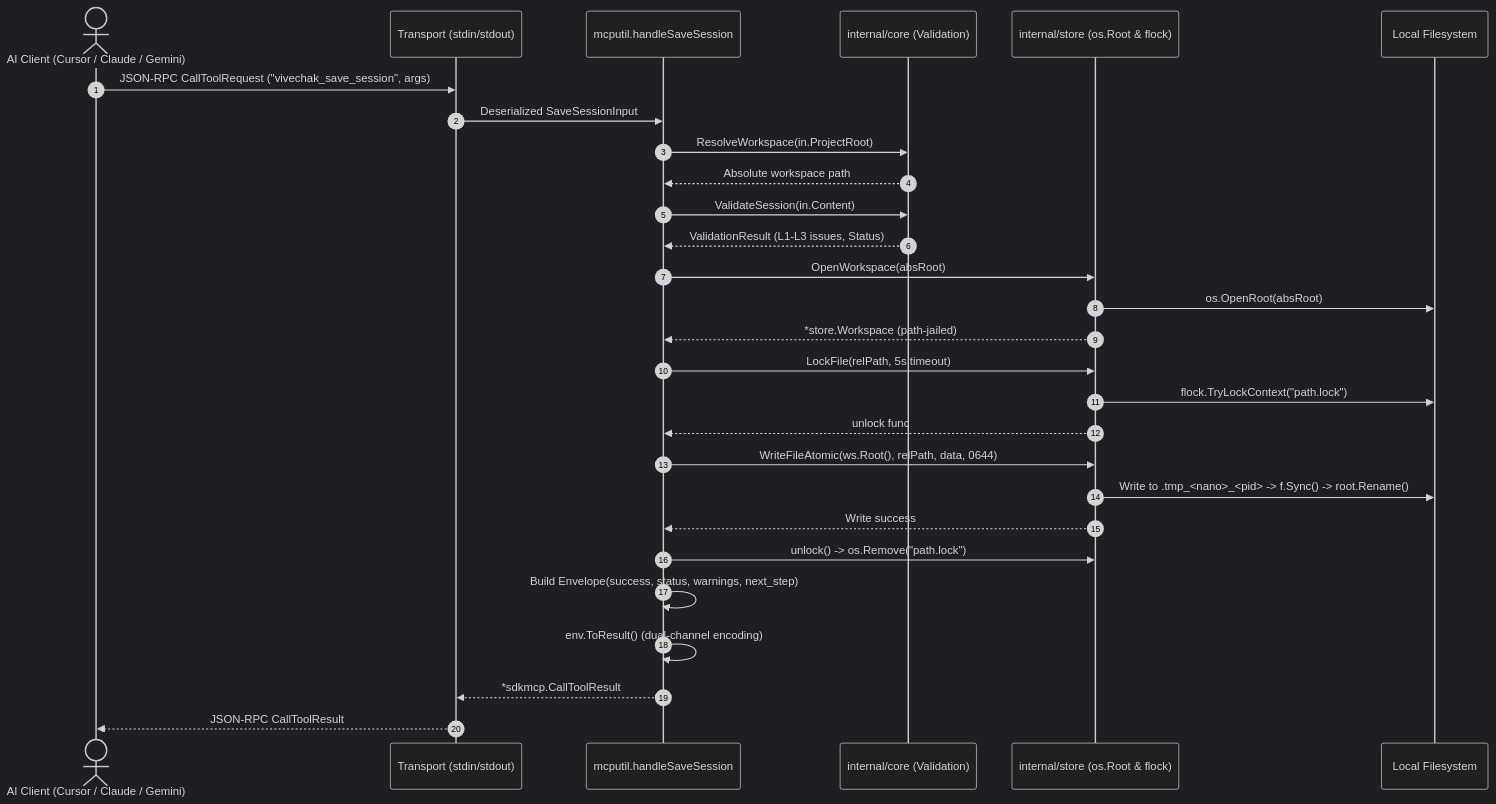
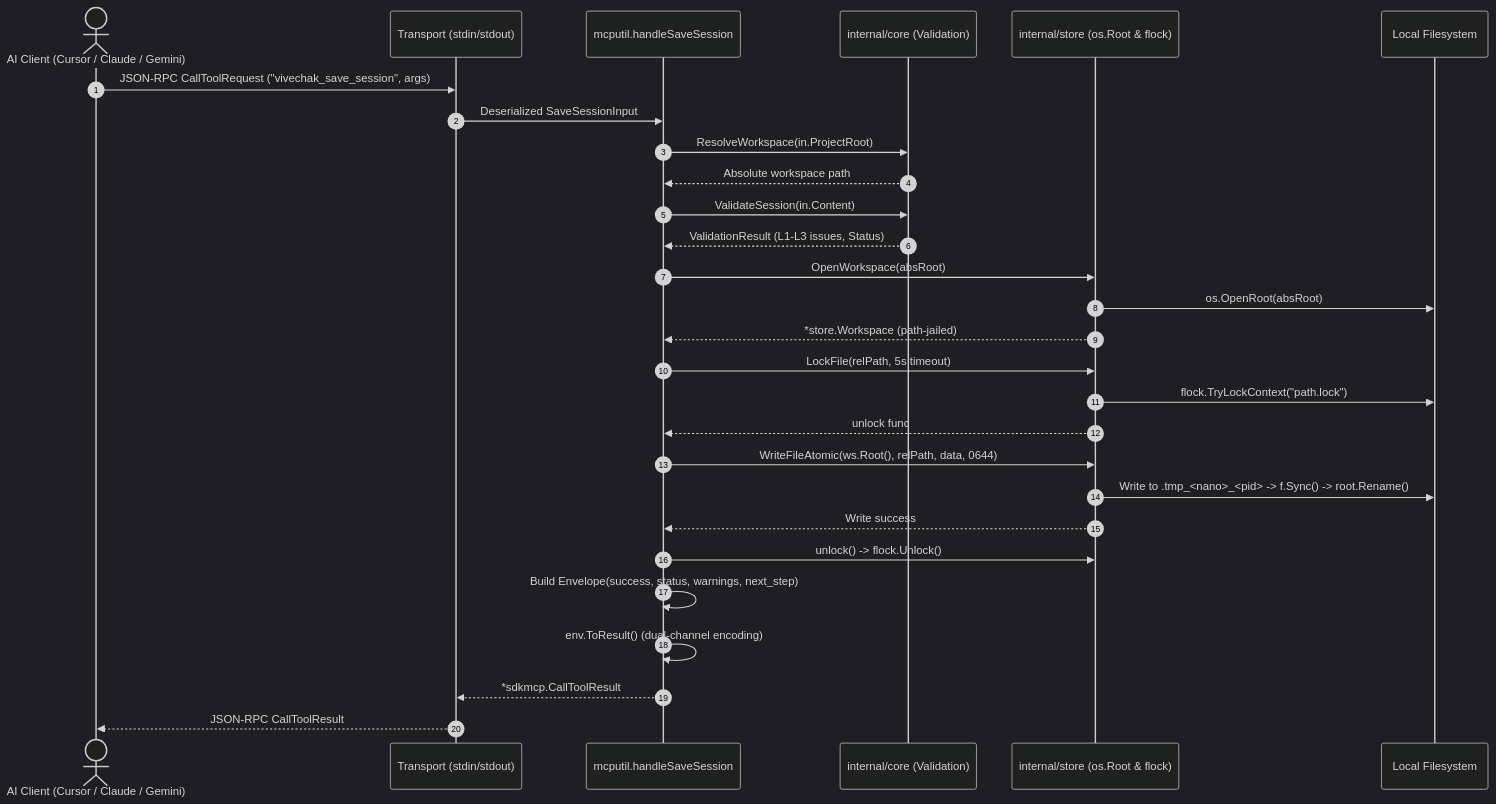
The second of 2 diagrams in docs/ARCHITECTURE.md (bhaskarjha-dev/vivechak), drawn with Mermaid (dark theme) before and after one commit. The commit also changed other lines of this file and 1 other file, not shown here.

````diff
--- a/docs/ARCHITECTURE.md
+++ b/docs/ARCHITECTURE.md
@@ -147,31 +150,31 @@
 ```mermaid
 sequenceDiagram
     autonumber
     actor Host as AI Client (Cursor / Claude / Gemini)
     participant Stdio as Transport (stdin/stdout)
     participant Handler as mcputil.handleSaveSession
     participant Core as internal/core (Validation)
     participant Store as internal/store (os.Root & flock)
     participant FS as Local Filesystem
 
     Host->>Stdio: JSON-RPC CallToolRequest ("vivechak_save_session", args)
     Stdio->>Handler: Deserialized SaveSessionInput
     Handler->>Core: ResolveWorkspace(in.ProjectRoot)
     Core-->>Handler: Absolute workspace path
     Handler->>Core: ValidateSession(in.Content)
     Core-->>Handler: ValidationResult (L1-L3 issues, Status)
     Handler->>Store: OpenWorkspace(absRoot)
     Store->>FS: os.OpenRoot(absRoot)
     Store-->>Handler: *store.Workspace (path-jailed)
     Handler->>Store: LockFile(relPath, 5s timeout)
     Store->>FS: flock.TryLockContext("path.lock")
     Store-->>Handler: unlock func
     Handler->>Store: WriteFileAtomic(ws.Root(), relPath, data, 0644)
     Store->>FS: Write to .tmp_<nano>_<pid> -> f.Sync() -> root.Rename()
     Store-->>Handler: Write success
-    Handler->>Store: unlock() -> os.Remove("path.lock")
+    Handler->>Store: unlock() -> flock.Unlock()
     Handler->>Handler: Build Envelope(success, status, warnings, next_step)
     Handler->>Handler: env.ToResult() (dual-channel encoding)
     Handler-->>Stdio: *sdkmcp.CallToolResult
     Stdio-->>Host: JSON-RPC CallToolResult
 ```
````
